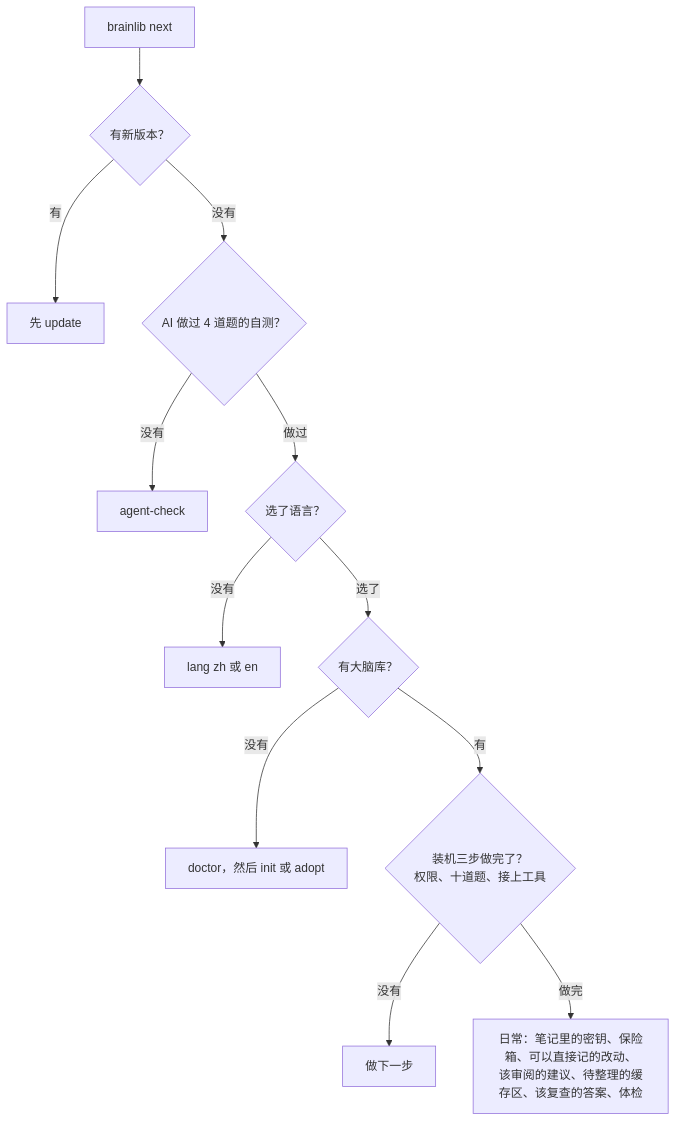
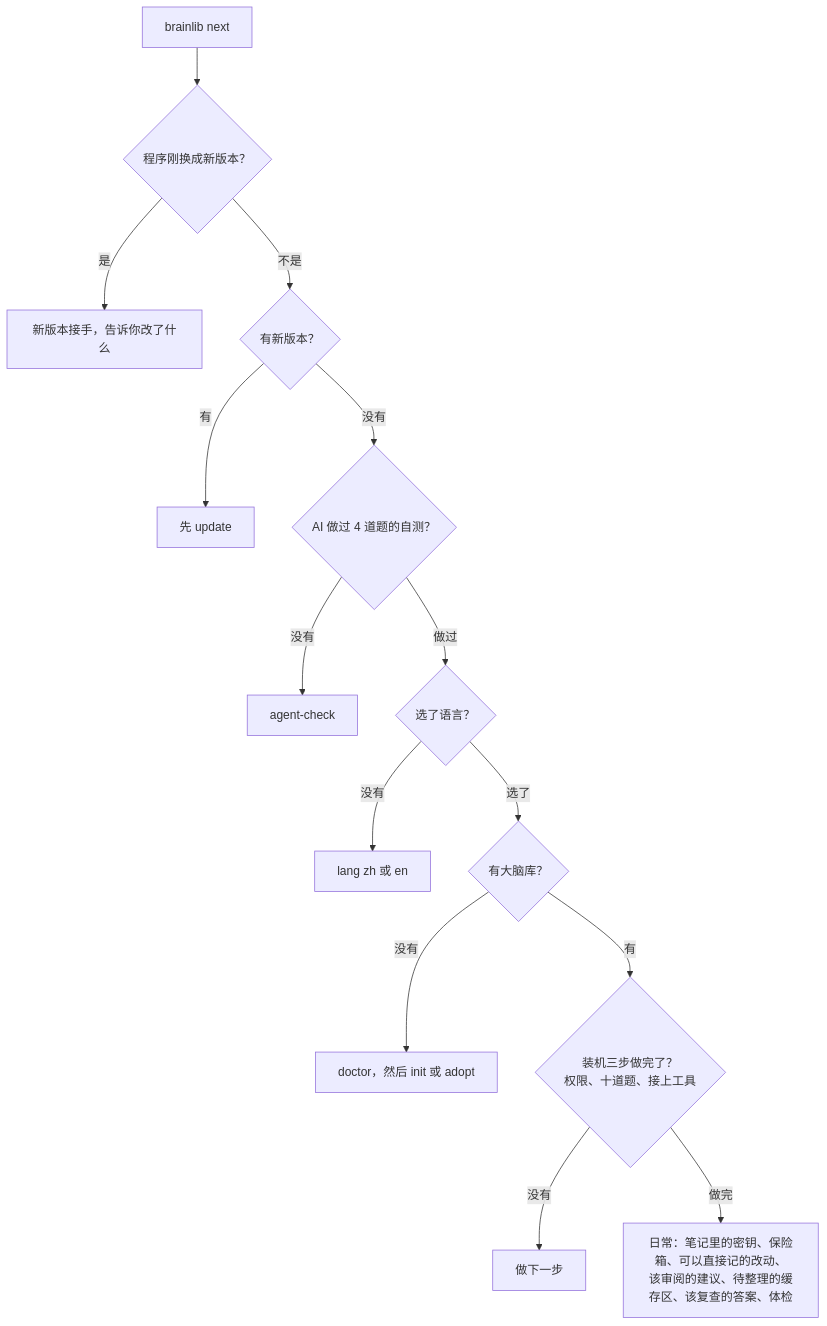
The fourth of 5 diagrams in README.md (mingweima/brainlib), drawn with Mermaid before and after one commit. The commit also changed other lines of this file and 11 other files, not shown here.

````diff
--- a/README.md
+++ b/README.md
@@ -186,14 +186,16 @@
 ```mermaid
 flowchart TD
-    S["brainlib next"] --> UP{"有新版本？"}
+    S["brainlib next"] --> NEW{"程序刚换成新版本？"}
+    NEW -->|"是"| TELL["新版本接手，告诉你改了什么"]
+    NEW -->|"不是"| UP{"有新版本？"}
     UP -->|"有"| U["先 update"]
     UP -->|"没有"| AC{"AI 做过 4 道题的自测？"}
     AC -->|"没有"| ACK["agent-check"]
     AC -->|"做过"| LG{"选了语言？"}
     LG -->|"没有"| L["lang zh 或 en"]
     LG -->|"选了"| LB{"有大脑库？"}
     LB -->|"没有"| IN["doctor，然后 init 或 adopt"]
     LB -->|"有"| SET{"装机三步做完了？<br>权限、十道题、接上工具"}
     SET -->|"没有"| ONE["做下一步"]
     SET -->|"做完"| DAY["日常：笔记里的密钥、保险箱、可以直接记的改动、<br>该审阅的建议、待整理的缓存区、该复查的答案、体检"]
 ```
````
